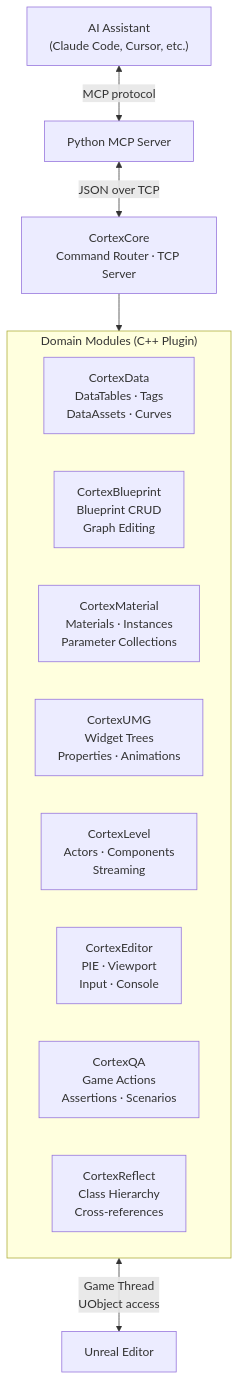
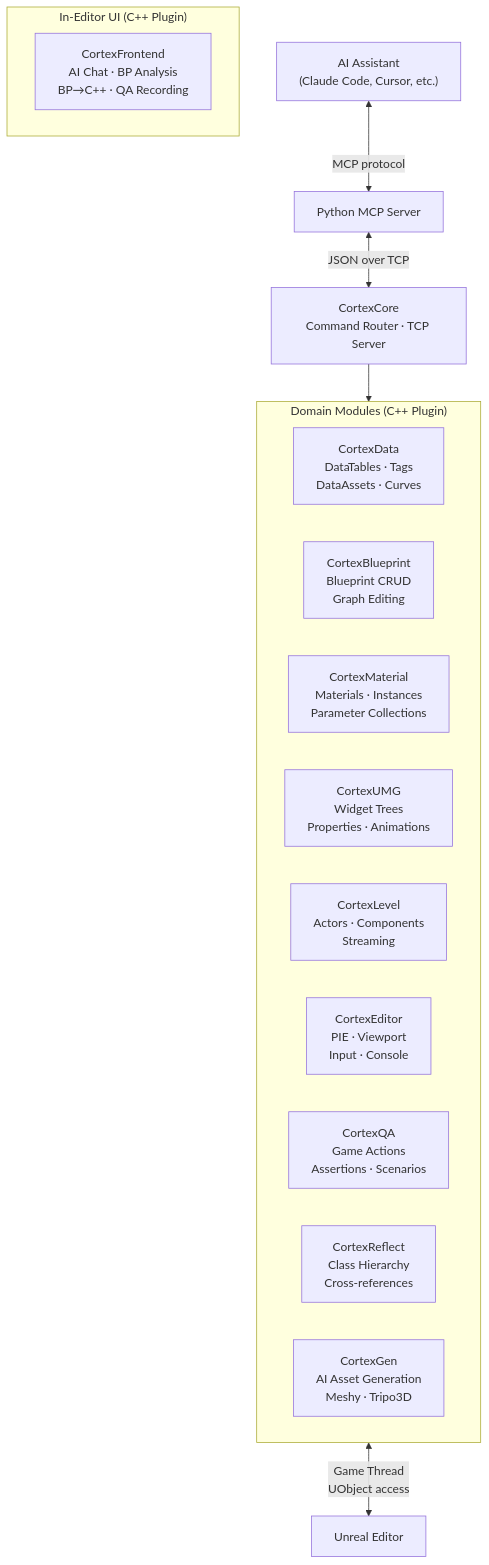
One commit to etelyatn/UnrealCortex changed the diagram in README.md. Above: the diagram before and after it, drawn with Mermaid. The commit also changed other lines of this file and 2 other files, not shown here.

First line of the commit message:
feat(frontend): add node display name resolution in analysis findings

````diff
--- a/README.md
+++ b/README.md
@@ -172,25 +204,30 @@
 ```mermaid
 flowchart TB
     AI["AI Assistant<br/>(Claude Code, Cursor, etc.)"]
     MCP["Python MCP Server"]
     Core["CortexCore<br/>Command Router · TCP Server"]
 
     subgraph Modules["Domain Modules (C++ Plugin)"]
         direction LR
         Data["CortexData<br/>DataTables · Tags<br/>DataAssets · Curves"]
         BP["CortexBlueprint<br/>Blueprint CRUD<br/>Graph Editing"]
         Mat["CortexMaterial<br/>Materials · Instances<br/>Parameter Collections"]
         UMG["CortexUMG<br/>Widget Trees<br/>Properties · Animations"]
         Level["CortexLevel<br/>Actors · Components<br/>Streaming"]
         Editor["CortexEditor<br/>PIE · Viewport<br/>Input · Console"]
         QA["CortexQA<br/>Game Actions<br/>Assertions · Scenarios"]
         Reflect["CortexReflect<br/>Class Hierarchy<br/>Cross-references"]
+        Gen["CortexGen<br/>AI Asset Generation<br/>Meshy · Tripo3D"]
+    end
+
+    subgraph UI["In-Editor UI (C++ Plugin)"]
+        Frontend["CortexFrontend<br/>AI Chat · BP Analysis<br/>BP→C++ · QA Recording"]
     end
 
     UE["Unreal Editor"]
 
     AI <-- "MCP protocol" --> MCP
     MCP <-- "JSON over TCP" --> Core
     Core --> Modules
     Modules <-- "Game Thread<br/>UObject access" --> UE
 ```
````
